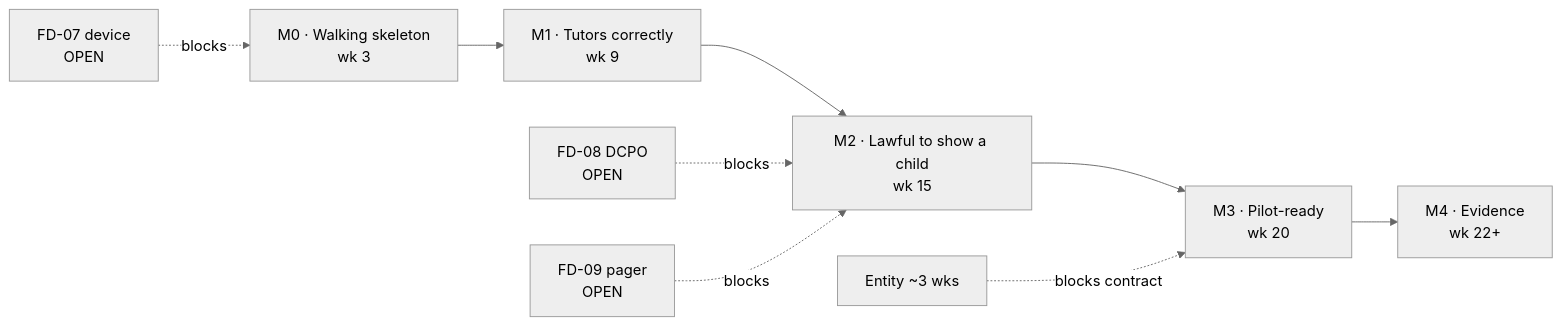
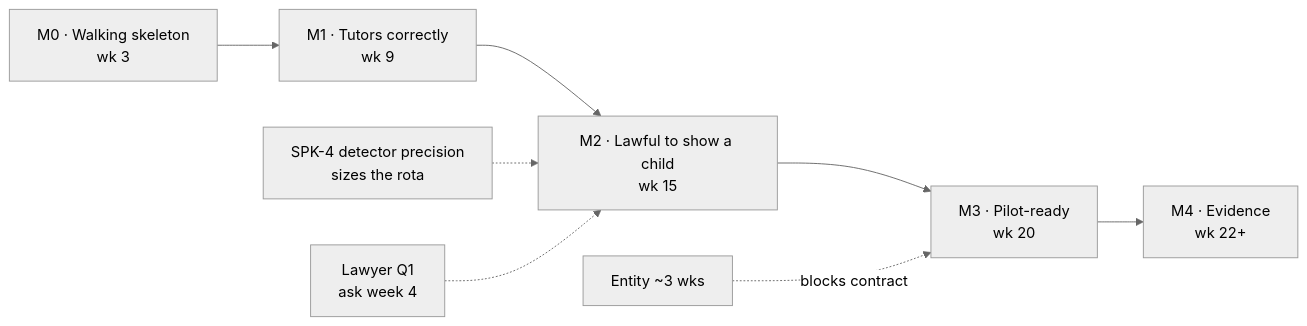
One commit to Jai3405/TrueLearn changed the diagram in docs/06-implementation/00-implementation-plan.md. Above: the diagram before and after it, drawn with Mermaid (neutral theme). The commit also changed other lines of this file and 2 other files, not shown here.

````diff
--- a/docs/06-implementation/00-implementation-plan.md
+++ b/docs/06-implementation/00-implementation-plan.md
@@ -58,12 +58,11 @@
 ```mermaid
 flowchart LR
     M0["M0 · Walking skeleton<br/>wk 3"] --> M1["M1 · Tutors correctly<br/>wk 9"]
     M1 --> M2["M2 · Lawful to show a child<br/>wk 15"]
     M2 --> M3["M3 · Pilot-ready<br/>wk 20"]
     M3 --> M4["M4 · Evidence<br/>wk 22+"]
 
-    FD07["FD-07 device<br/>OPEN"] -.->|blocks| M0
-    FD08["FD-08 DCPO<br/>OPEN"] -.->|blocks| M2
-    FD09["FD-09 pager<br/>OPEN"] -.->|blocks| M2
+    SPK4["SPK-4 detector precision<br/>sizes the rota"] -.-> M2
     ENT["Entity ~3 wks"] -.->|blocks contract| M3
+    LAW["Lawyer Q1<br/>ask week 4"] -.-> M2
 ```
````
